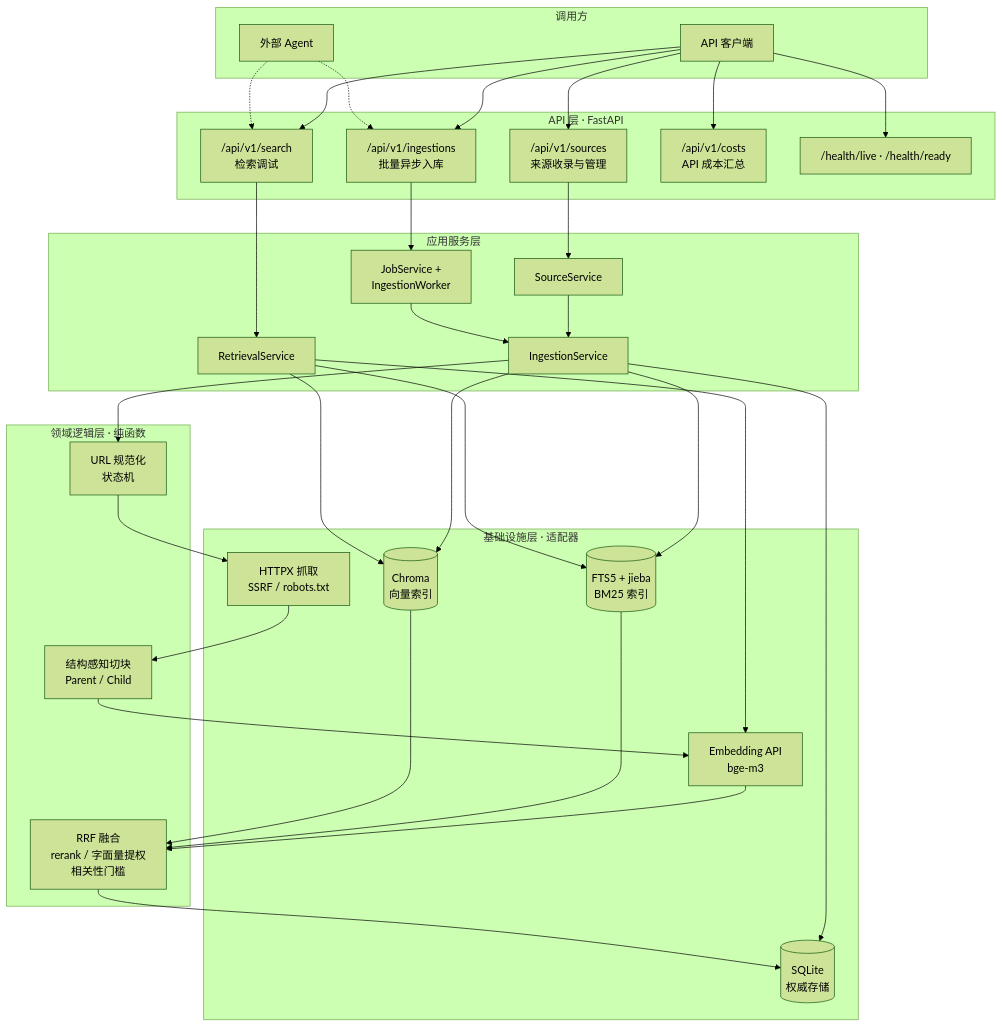
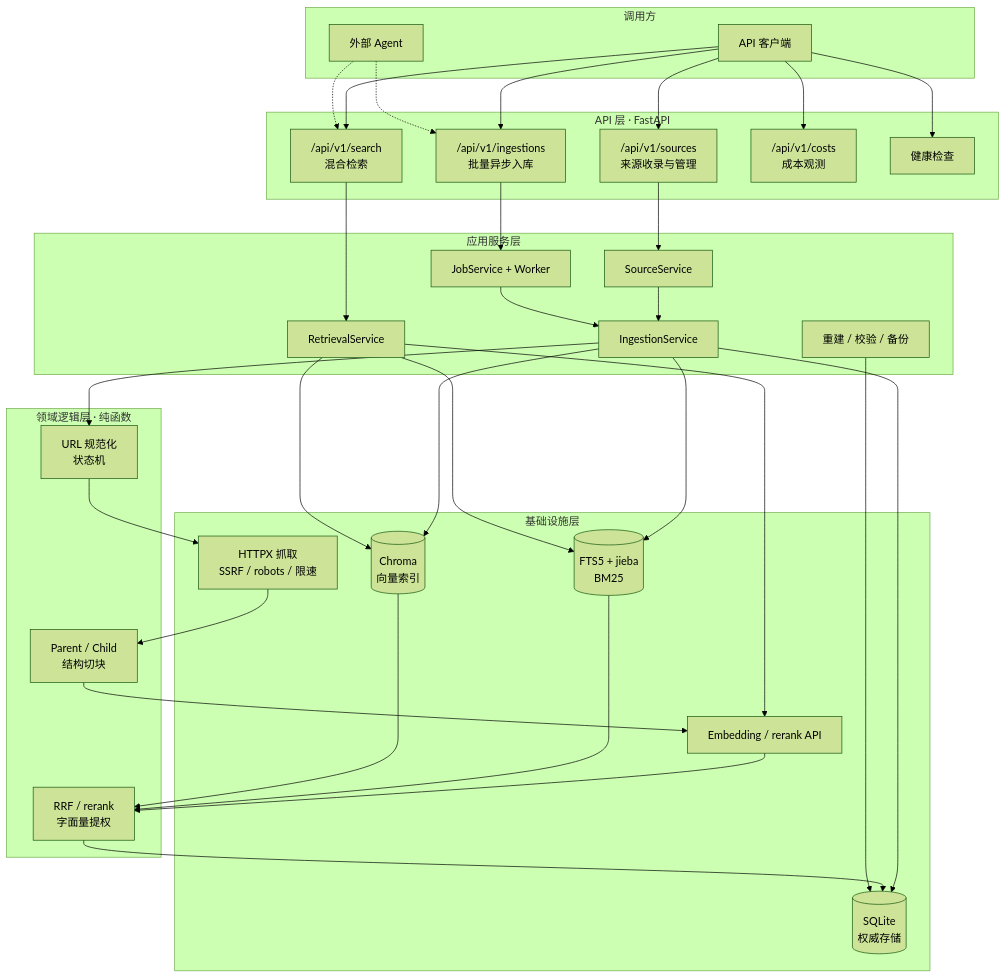
The diagram in README.md (Rena-xie/ai_knowledge_RAG), drawn with Mermaid (forest theme) before and after one commit. The commit also changed other lines of this file, not shown here.

````diff
--- a/README.md
+++ b/README.md
@@ -35,45 +50,47 @@
 ```mermaid
 flowchart TB
     subgraph CLIENT["调用方"]
-        UI["API 客户端"]
+        API_CLIENT["API 客户端"]
         AGENT["外部 Agent"]
     end
 
-    subgraph APILAYER["API 层 · FastAPI"]
-        SRC["/api/v1/sources<br/>来源收录与管理"]
-        INGEST["/api/v1/ingestions<br/>批量异步入库"]
-        SEARCH["/api/v1/search<br/>检索调试"]
-        COSTS["/api/v1/costs<br/>API 成本汇总"]
-        HEALTH["/health/live · /health/ready"]
+    subgraph API["API 层 · FastAPI"]
+        SOURCES["/api/v1/sources<br/>来源收录与管理"]
+        INGESTIONS["/api/v1/ingestions<br/>批量异步入库"]
+        SEARCH["/api/v1/search<br/>混合检索"]
+        COSTS["/api/v1/costs<br/>成本观测"]
+        HEALTH["健康检查"]
     end
 
-    subgraph SERVICE["应用服务层"]
-        S1["SourceService"]
-        S2["IngestionService"]
-        S5["JobService +<br/>IngestionWorker"]
-        S3["RetrievalService"]
+    subgraph SERVICES["应用服务层"]
+        SOURCE_SERVICE["SourceService"]
+        INGESTION_SERVICE["IngestionService"]
+        JOB_SERVICE["JobService + Worker"]
+        RETRIEVAL_SERVICE["RetrievalService"]
+        MAINTENANCE["重建 / 校验 / 备份"]
     end
 
     subgraph DOMAIN["领域逻辑层 · 纯函数"]
-        D1["URL 规范化<br/>状态机"]
-        D2["结构感知切块<br/>Parent / Child"]
-        D3["RRF 融合<br/>rerank / 字面量提权<br/>相关性门槛"]
+        URL_RULES["URL 规范化<br/>状态机"]
+        CHUNKING["Parent / Child<br/>结构切块"]
+        RANKING["RRF / rerank<br/>字面量提权"]
     end
 
-    subgraph INFRA["基础设施层 · 适配器"]
-        DB[("SQLite<br/>权威存储")]
-        FTS[("FTS5 + jieba<br/>BM25 索引")]
-        VEC[("Chroma<br/>向量索引")]
-        FETCH["HTTPX 抓取<br/>SSRF / robots.txt"]
-        EMB["Embedding API<br/>bge-m3"]
+    subgraph INFRA["基础设施层"]
+        SQLITE[("SQLite<br/>权威存储")]
+        FTS[("FTS5 + jieba<br/>BM25")]
+        CHROMA[("Chroma<br/>向量索引")]
+        FETCHER["HTTPX 抓取<br/>SSRF / robots / 限速"]
+        MODELS["Embedding / rerank API"]
     end
 
-    UI --> SRC & INGEST & SEARCH & COSTS & HEALTH
-    AGENT -.-> INGEST & SEARCH
-    SRC --> S1 --> S2
-    INGEST --> S5 --> S2
-    SEARCH --> S3
-    S2 --> D1 --> FETCH --> D2 --> EMB
-    S2 --> DB & FTS & VEC
-    S3 --> EMB & FTS & VEC --> D3 --> DB
+    API_CLIENT --> SOURCES & INGESTIONS & SEARCH & COSTS & HEALTH
+    AGENT -.-> INGESTIONS & SEARCH
+    SOURCES --> SOURCE_SERVICE --> INGESTION_SERVICE
+    INGESTIONS --> JOB_SERVICE --> INGESTION_SERVICE
+    SEARCH --> RETRIEVAL_SERVICE
+    INGESTION_SERVICE --> URL_RULES --> FETCHER --> CHUNKING --> MODELS
+    INGESTION_SERVICE --> SQLITE & FTS & CHROMA
+    RETRIEVAL_SERVICE --> MODELS & FTS & CHROMA --> RANKING --> SQLITE
+    MAINTENANCE --> SQLITE
 ```
````
